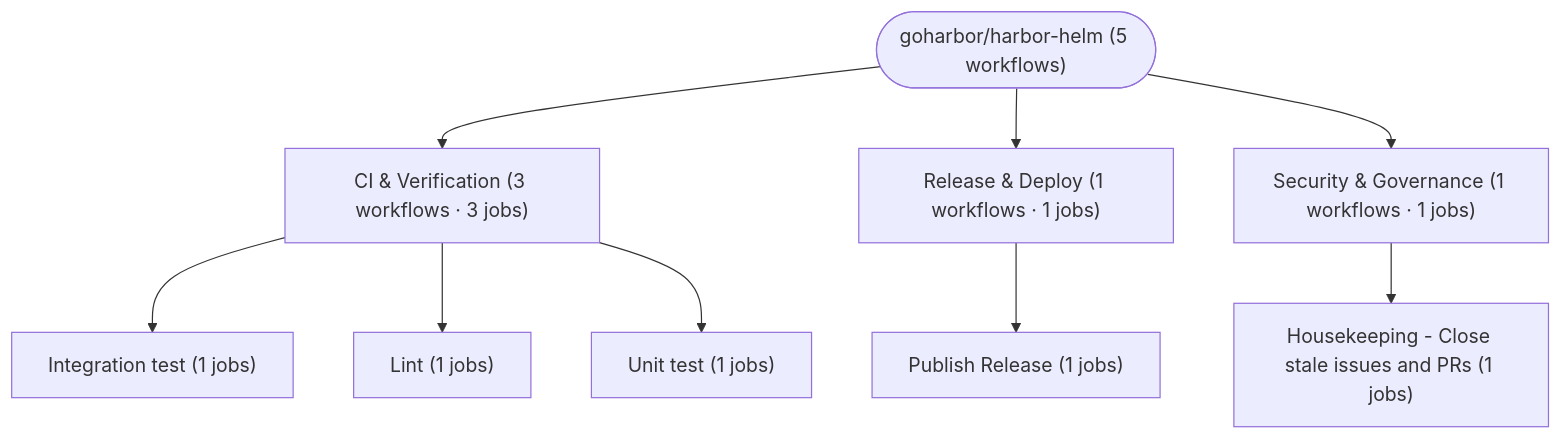
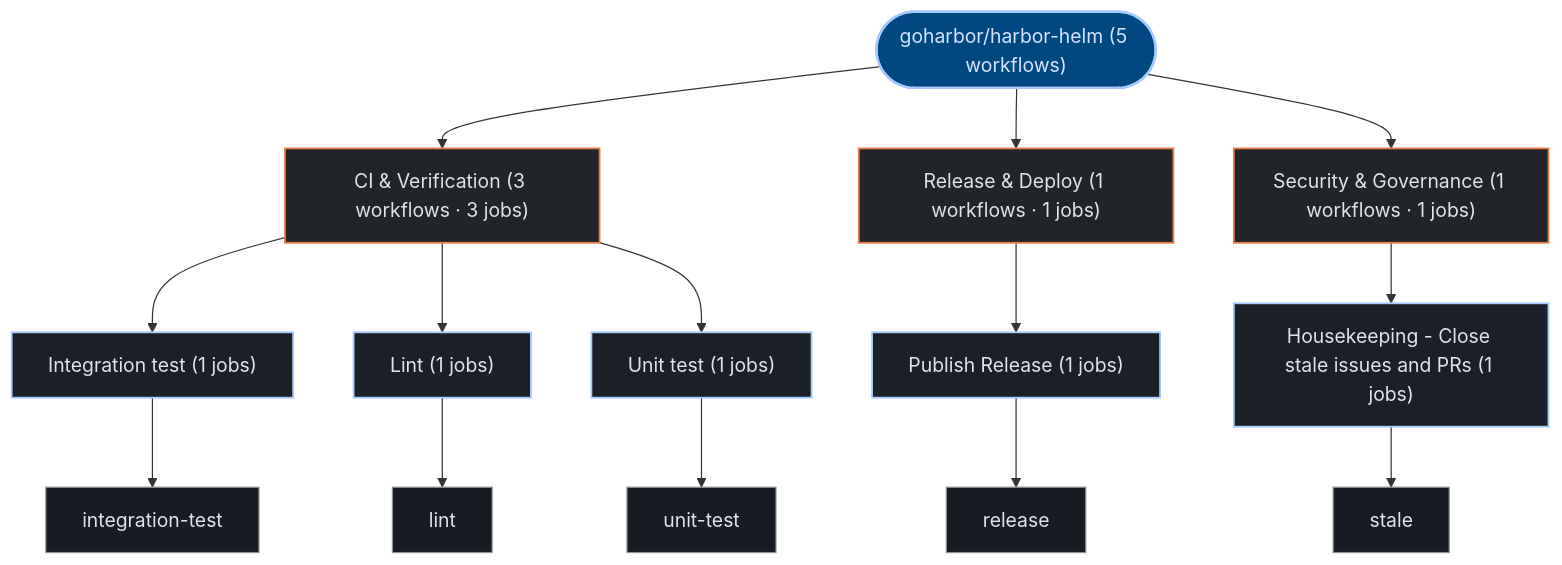
The third of 3 diagrams in exports/latest/reports/goharbor-harbor-helm-report.md (kumarshaz/atruss-code-atlas), drawn with Mermaid before and after one commit. The commit also changed other lines of this file and 331 other files, not shown here.

Commit message:
docs,ui,fix: update SDLC docs, reorder CI/CD DAG first, stylize Mermaid, and fix Arc42 pipeline topology

````diff
--- a/exports/latest/reports/goharbor-harbor-helm-report.md
+++ b/exports/latest/reports/goharbor-harbor-helm-report.md
@@ -132,20 +143,37 @@
 ```mermaid
 graph TD;
-  pipeline_root(["goharbor/harbor-helm (5 workflows)"])
-  grp_0_CI___Verification["CI & Verification (3 workflows · 3 jobs)"]
+  classDef atlasRoot fill:#004882,stroke:#a3c9ff,stroke-width:2px,color:#d3e4ff
+  classDef atlasCategory fill:#212428,stroke:#E87A48,stroke-width:1.5px,color:#dfe3eb
+  classDef atlasWorkflow fill:#1b2026,stroke:#a3c9ff,stroke-width:1.5px,color:#dfe3eb
+  classDef atlasJob fill:#171c22,stroke:#8d9199,stroke-width:1px,color:#dfe3eb
+  classDef atlasTarget fill:#005227,stroke:#8bd99b,stroke-width:1.5px,color:#a7f6b6
+  classDef atlasAlert fill:#93000a,stroke:#ffb4ab,stroke-width:1.5px,color:#ffdad6
+  classDef atlasMore fill:#252a31,stroke:#8d9199,stroke-dasharray:4 4,color:#c3c6cf
+  pipeline_root(["goharbor/harbor-helm (5 workflows)"]):::atlasRoot
+  grp_0_CI___Verification["CI & Verification (3 workflows · 3 jobs)"]:::atlasCategory
   pipeline_root --> grp_0_CI___Verification
-  wf_1_Integration_test["Integration test (1 jobs)"]
+  wf_1_Integration_test["Integration test (1 jobs)"]:::atlasWorkflow
   grp_0_CI___Verification --> wf_1_Integration_test
-  wf_2_Lint["Lint (1 jobs)"]
+  job_1_integration_test["integration-test"]:::atlasJob
+  wf_1_Integration_test --> job_1_integration_test
+  wf_2_Lint["Lint (1 jobs)"]:::atlasWorkflow
   grp_0_CI___Verification --> wf_2_Lint
-  wf_4_Unit_test["Unit test (1 jobs)"]
+  job_2_lint["lint"]:::atlasJob
+  wf_2_Lint --> job_2_lint
+  wf_4_Unit_test["Unit test (1 jobs)"]:::atlasWorkflow
   grp_0_CI___Verification --> wf_4_Unit_test
-  grp_1_Release___Deploy["Release & Deploy (1 workflows · 1 jobs)"]
+  job_4_unit_test["unit-test"]:::atlasJob
+  wf_4_Unit_test --> job_4_unit_test
+  grp_1_Release___Deploy["Release & Deploy (1 workflows · 1 jobs)"]:::atlasCategory
   pipeline_root --> grp_1_Release___Deploy
-  wf_3_Publish_Release["Publish Release (1 jobs)"]
+  wf_3_Publish_Release["Publish Release (1 jobs)"]:::atlasWorkflow
   grp_1_Release___Deploy --> wf_3_Publish_Release
-  grp_2_Security___Governance["Security & Governance (1 workflows · 1 jobs)"]
+  job_3_release["release"]:::atlasJob
+  wf_3_Publish_Release --> job_3_release
+  grp_2_Security___Governance["Security & Governance (1 workflows · 1 jobs)"]:::atlasCategory
   pipeline_root --> grp_2_Security___Governance
-  wf_0_Housekeeping___Close_stale_issues_and_PRs["Housekeeping - Close stale issues and PRs (1 jobs)"]
+  wf_0_Housekeeping___Close_stale_issues_and_PRs["Housekeeping - Close stale issues and PRs (1 jobs)"]:::atlasWorkflow
   grp_2_Security___Governance --> wf_0_Housekeeping___Close_stale_issues_and_PRs
+  job_0_stale["stale"]:::atlasJob
+  wf_0_Housekeeping___Close_stale_issues_and_PRs --> job_0_stale
 ```
````
